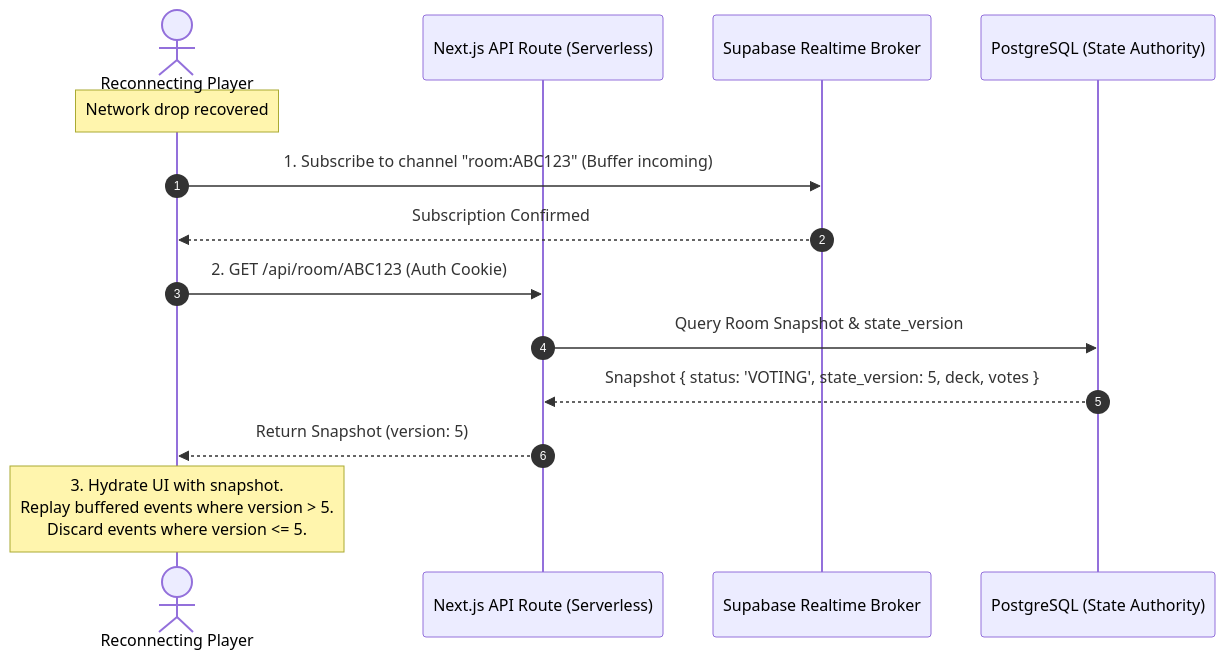
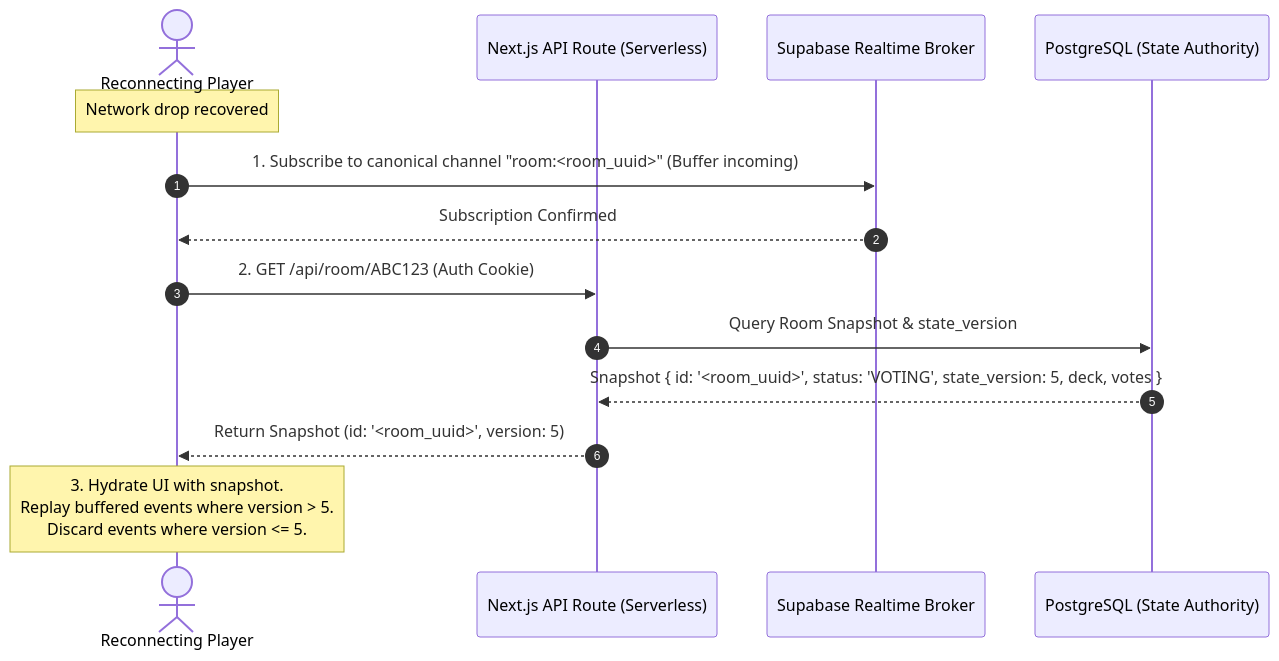
The diagram in docs/adr/ADR-003-realtime-and-persistence-architecture.md (KaisAbiyyi/cinemania), drawn with Mermaid before and after one commit. The commit also changed other lines of this file and 1 other file, not shown here.

Commit message:
fix(adr): RFC 7519 NumericDate standard, canonical topic enforcement, and deterministic lock waiting (CINE-011)

````diff
--- a/docs/adr/ADR-003-realtime-and-persistence-architecture.md
+++ b/docs/adr/ADR-003-realtime-and-persistence-architecture.md
@@ -160,17 +163,17 @@
 ```mermaid
 sequenceDiagram
     autonumber
     actor Player as Reconnecting Player
     participant Server as Next.js API Route (Serverless)
     participant RT as Supabase Realtime Broker
     participant DB as PostgreSQL (State Authority)
 
     Note over Player: Network drop recovered
-    Player->>RT: 1. Subscribe to channel "room:ABC123" (Buffer incoming)
+    Player->>RT: 1. Subscribe to canonical channel "room:<room_uuid>" (Buffer incoming)
     RT-->>Player: Subscription Confirmed
     Player->>Server: 2. GET /api/room/ABC123 (Auth Cookie)
     Server->>DB: Query Room Snapshot & state_version
-    DB-->>Server: Snapshot { status: 'VOTING', state_version: 5, deck, votes }
-    Server-->>Player: Return Snapshot (version: 5)
+    DB-->>Server: Snapshot { id: '<room_uuid>', status: 'VOTING', state_version: 5, deck, votes }
+    Server-->>Player: Return Snapshot (id: '<room_uuid>', version: 5)
     Note over Player: 3. Hydrate UI with snapshot.<br/>Replay buffered events where version > 5.<br/>Discard events where version <= 5.
 ```
````
